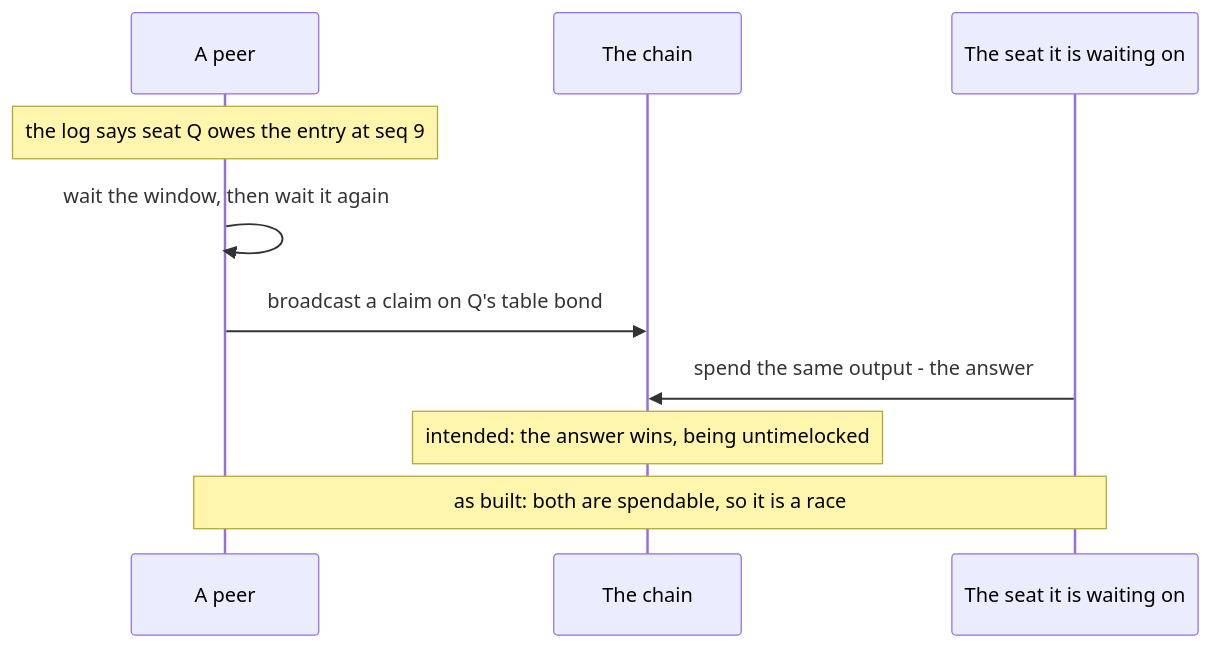
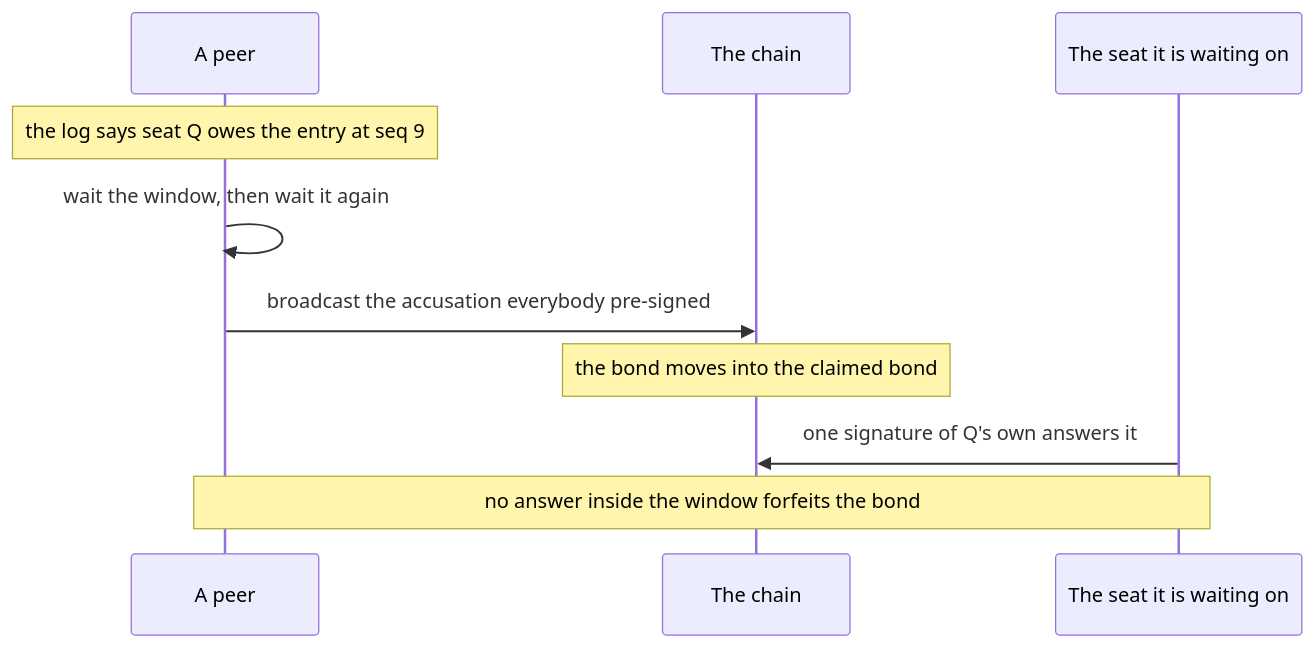
The fifth of 5 diagrams in docs/trust-model.md (karamble/dcrpoker), drawn with Mermaid before and after one commit. The commit also changed other lines of this file and 7 other files, not shown here.

````diff
--- a/docs/trust-model.md
+++ b/docs/trust-model.md
@@ -335,12 +342,12 @@
 ```mermaid
 sequenceDiagram
     participant P as A peer
     participant Chain as The chain
     participant Q as The seat it is waiting on
     Note over P: the log says seat Q owes the entry at seq 9
     P->>P: wait the window, then wait it again
-    P->>Chain: broadcast a claim on Q's table bond
-    Q->>Chain: spend the same output - the answer
-    Note over Chain: intended: the answer wins, being untimelocked
-    Note over P,Q: as built: both are spendable, so it is a race
+    P->>Chain: broadcast the accusation everybody pre-signed
+    Note over Chain: the bond moves into the claimed bond
+    Q->>Chain: one signature of Q's own answers it
+    Note over P,Q: no answer inside the window forfeits the bond
 ```
````
